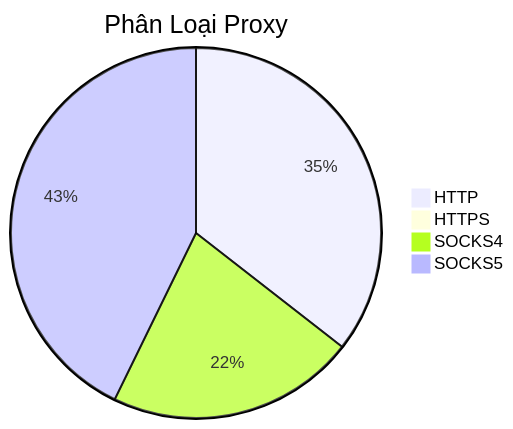
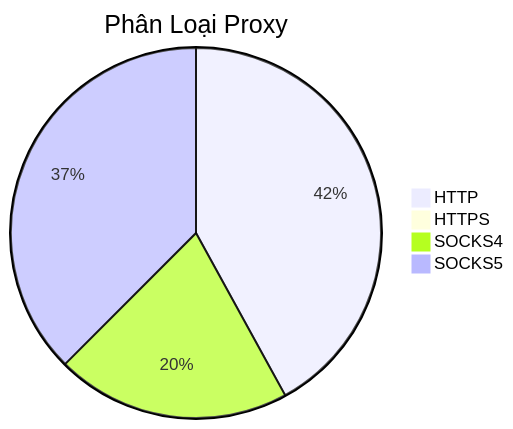
Before and after one commit to Ciara-12/PROXY-free: the diagram in README.md, drawn with Mermaid. The commit also changed other lines of this file and 4 other files, not shown here.

````diff
--- a/README.md
+++ b/README.md
@@ -26,7 +26,7 @@
 ```mermaid
 pie title Phân Loại Proxy
-    "HTTP" : 668
-    "HTTPS" : 4
-    "SOCKS4" : 408
-    "SOCKS5" : 804
+    "HTTP" : 851
+    "HTTPS" : 2
+    "SOCKS4" : 415
+    "SOCKS5" : 760
 ```
````
